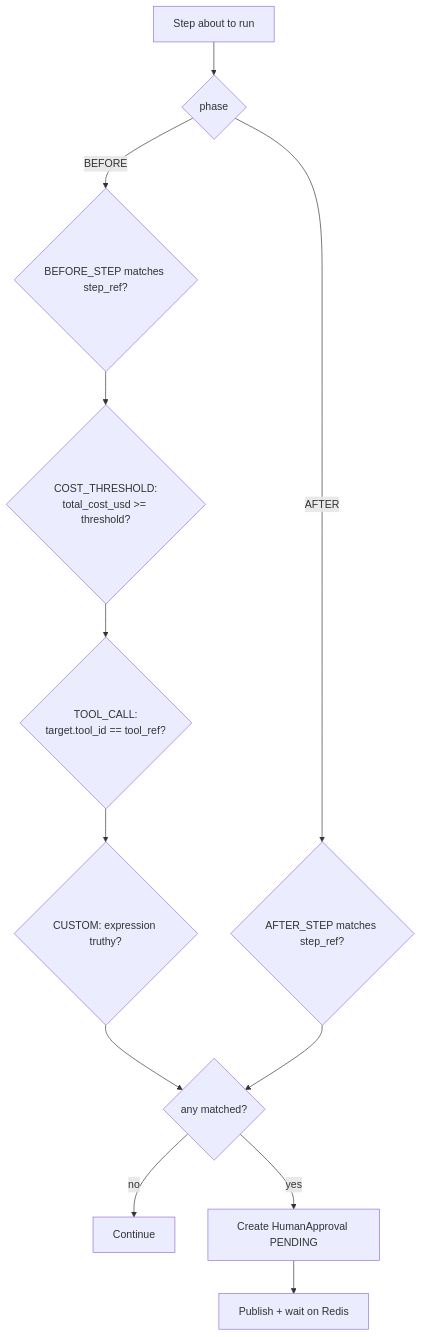
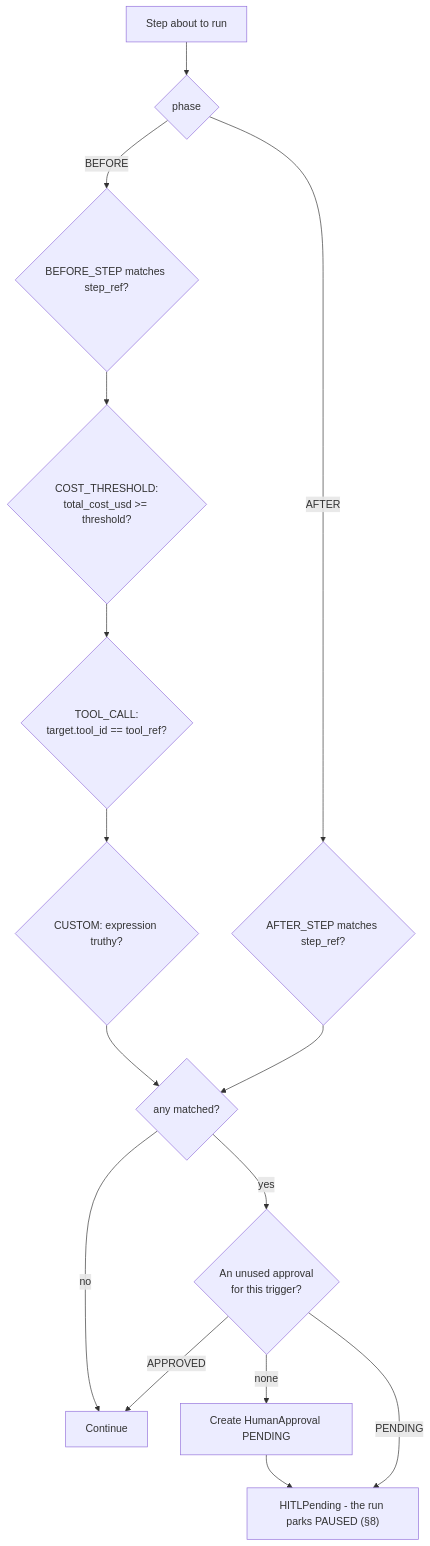
Before and after one commit to gondolerahul/hire-buddha-app: the sixth of 14 diagrams in docs/current/15-governance-and-hitl.md, drawn with Mermaid. The commit also changed other lines of this file and 32 other files, not shown here.

````diff
--- a/docs/current/15-governance-and-hitl.md
+++ b/docs/current/15-governance-and-hitl.md
@@ -421,14 +421,17 @@
 ```mermaid
 flowchart TD
     STEP["Step about to run"] --> PH{"phase"}
     PH -->|BEFORE| B1{"BEFORE_STEP matches step_ref?"}
     B1 --> B2{"COST_THRESHOLD:<br/>total_cost_usd >= threshold?"}
     B2 --> B3{"TOOL_CALL:<br/>target.tool_id == tool_ref?"}
     B3 --> B4{"CUSTOM: expression truthy?"}
     B4 --> FIRE{"any matched?"}
     PH -->|AFTER| A1{"AFTER_STEP matches step_ref?"}
     A1 --> FIRE
     FIRE -->|no| CONT["Continue"]
-    FIRE -->|yes| CREATE["Create HumanApproval PENDING"]
-    CREATE --> WAIT["Publish + wait on Redis"]
+    FIRE -->|yes| FIND{"An unused approval<br/>for this trigger?"}
+    FIND -->|none| CREATE["Create HumanApproval PENDING"]
+    CREATE --> PARK["HITLPending - the run parks PAUSED (§8)"]
+    FIND -->|PENDING| PARK
+    FIND -->|APPROVED| CONT
 ```
````
